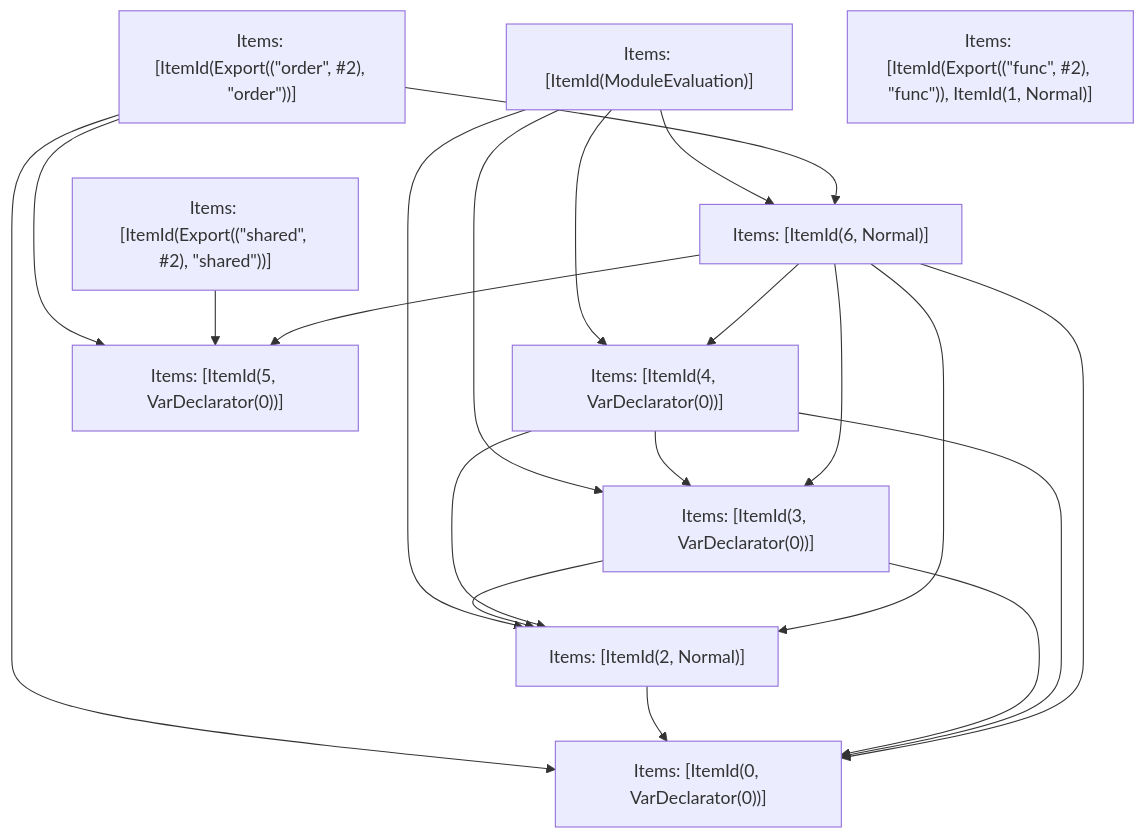
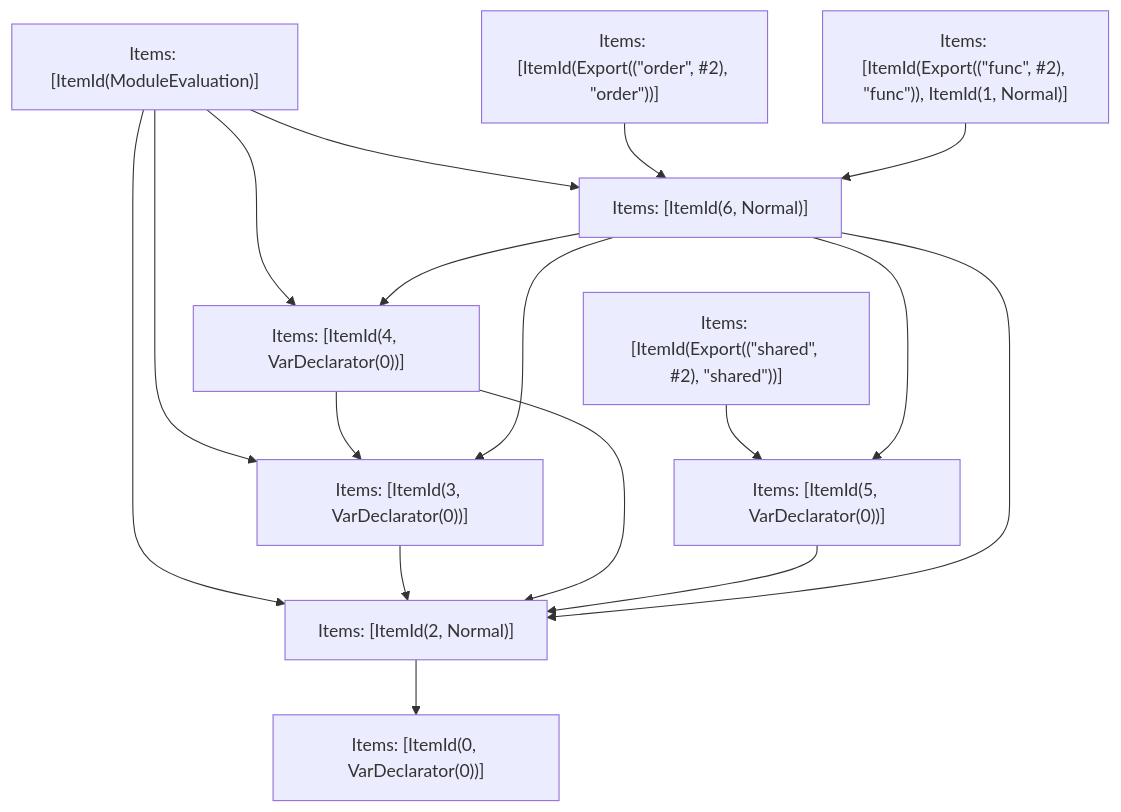
The fifth of 5 diagrams in crates/turbopack-ecmascript/tests/tree-shaker/analyzer/write-order/output.md (vercel/turborepo), drawn with Mermaid before and after one commit. The commit also changed other lines of this file and 15 other files, not shown here.

````diff
--- a/crates/turbopack-ecmascript/tests/tree-shaker/analyzer/write-order/output.md
+++ b/crates/turbopack-ecmascript/tests/tree-shaker/analyzer/write-order/output.md
@@ -204,32 +202,29 @@
 ```mermaid
 graph TD
     N0["Items: [ItemId(ModuleEvaluation)]"];
     N1["Items: [ItemId(Export((&quot;order&quot;, #2), &quot;order&quot;))]"];
     N2["Items: [ItemId(Export((&quot;func&quot;, #2), &quot;func&quot;)), ItemId(1, Normal)]"];
     N3["Items: [ItemId(Export((&quot;shared&quot;, #2), &quot;shared&quot;))]"];
     N4["Items: [ItemId(0, VarDeclarator(0))]"];
     N5["Items: [ItemId(2, Normal)]"];
     N6["Items: [ItemId(3, VarDeclarator(0))]"];
     N7["Items: [ItemId(4, VarDeclarator(0))]"];
     N8["Items: [ItemId(5, VarDeclarator(0))]"];
     N9["Items: [ItemId(6, Normal)]"];
     N0 --> N5;
     N0 --> N6;
     N0 --> N7;
     N0 --> N9;
-    N1 --> N4;
-    N1 --> N8;
     N1 --> N9;
+    N2 --> N9;
     N3 --> N8;
     N5 --> N4;
     N6 --> N5;
-    N6 --> N4;
     N7 --> N5;
     N7 --> N6;
-    N7 --> N4;
+    N8 --> N5;
+    N9 --> N8;
     N9 --> N5;
     N9 --> N6;
     N9 --> N7;
-    N9 --> N4;
-    N9 --> N8;
 ```
````
